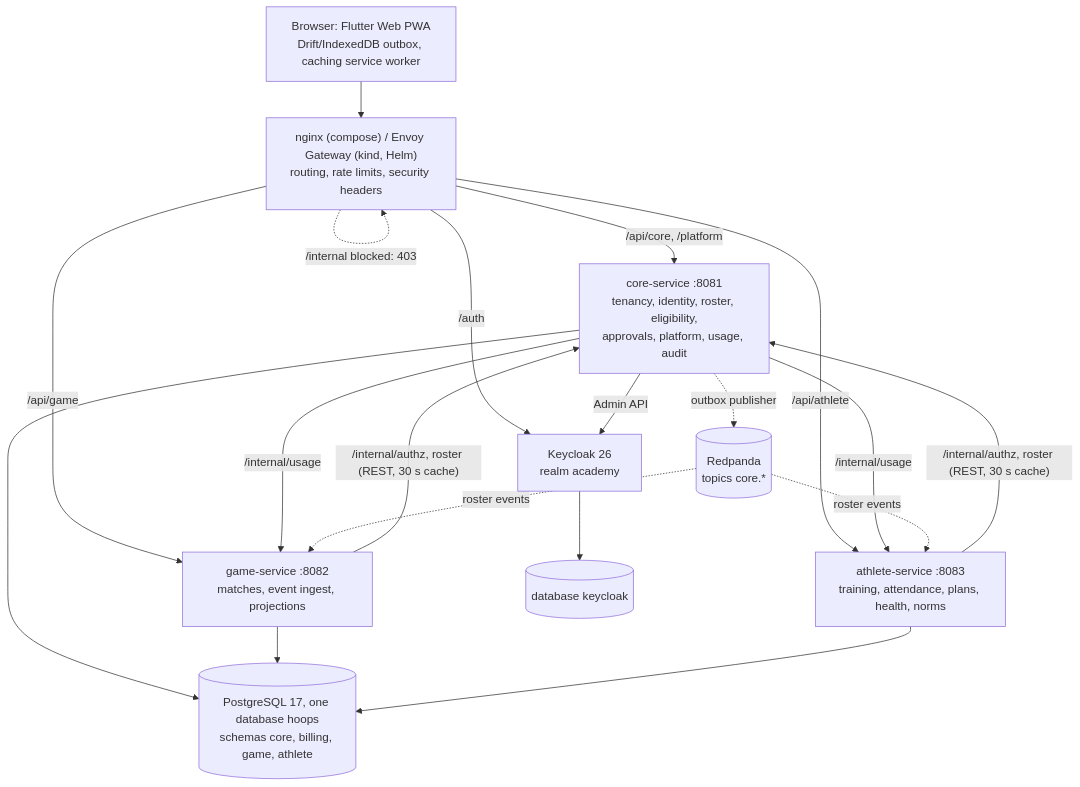
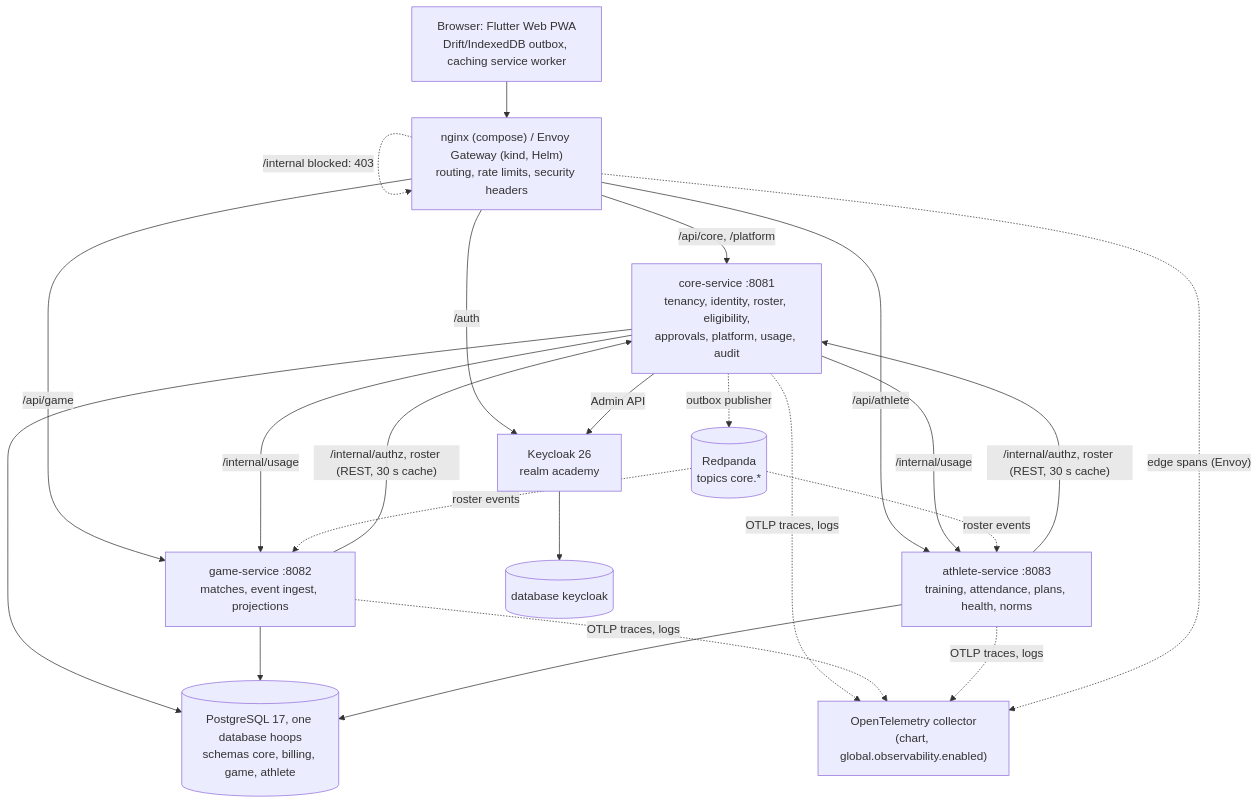
Before and after one commit to davidbejar/hoops-academy: the second of 7 diagrams in docs/architecture.md, drawn with Mermaid. The commit also changed other lines of this file and 3 other files, not shown here.

First line of the commit message:
docs: README status, conformance, roadmap and architecture after the fifth round

````diff
--- a/docs/architecture.md
+++ b/docs/architecture.md
@@ -27,30 +31,33 @@
 ```mermaid
 flowchart TB
   B["Browser: Flutter Web PWA<br/>Drift/IndexedDB outbox, caching service worker"]
   N["nginx (compose) / Envoy Gateway (kind, Helm)<br/>routing, rate limits, security headers"]
   KC["Keycloak 26<br/>realm academy"]
   CORE["core-service :8081<br/>tenancy, identity, roster, eligibility,<br/>approvals, platform, usage, audit"]
   GAME["game-service :8082<br/>matches, event ingest, projections"]
   ATH["athlete-service :8083<br/>training, attendance, plans, health, norms"]
   PG[("PostgreSQL 17, one database hoops<br/>schemas core, billing, game, athlete")]
   KCDB[("database keycloak")]
   RP[("Redpanda<br/>topics core.*")]
+  OT["OpenTelemetry collector<br/>(chart, global.observability.enabled)"]
   B --> N
   N -->|"/auth"| KC
   N -->|"/api/core, /platform"| CORE
   N -->|"/api/game"| GAME
   N -->|"/api/athlete"| ATH
   N -. "/internal blocked: 403" .-> N
   GAME -->|"/internal/authz, roster (REST, 30 s cache)"| CORE
   ATH -->|"/internal/authz, roster (REST, 30 s cache)"| CORE
   CORE -->|"/internal/usage"| GAME
   CORE -->|"/internal/usage"| ATH
   CORE --> PG
   GAME --> PG
   ATH --> PG
   KC --> KCDB
   CORE -->|"Admin API"| KC
   CORE -. "outbox publisher" .-> RP
   RP -. "roster events" .-> GAME
   RP -. "roster events" .-> ATH
+  CORE & GAME & ATH -. "OTLP traces, logs" .-> OT
+  N -. "edge spans (Envoy)" .-> OT
 ```
````
